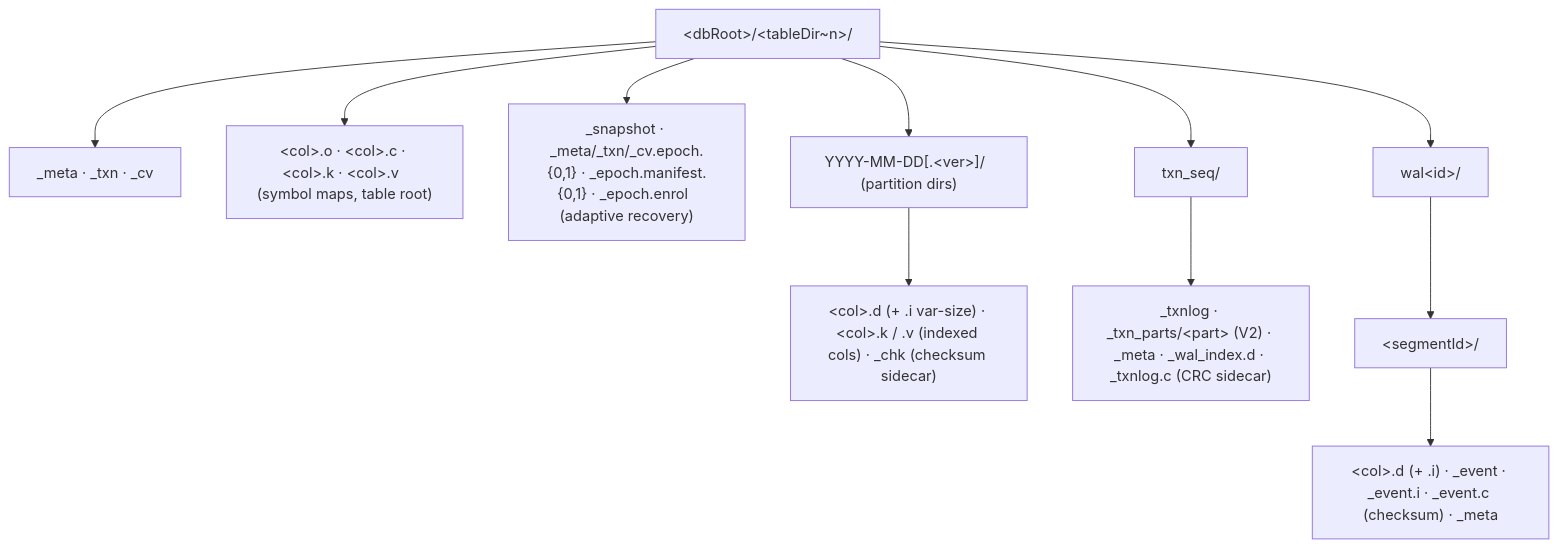
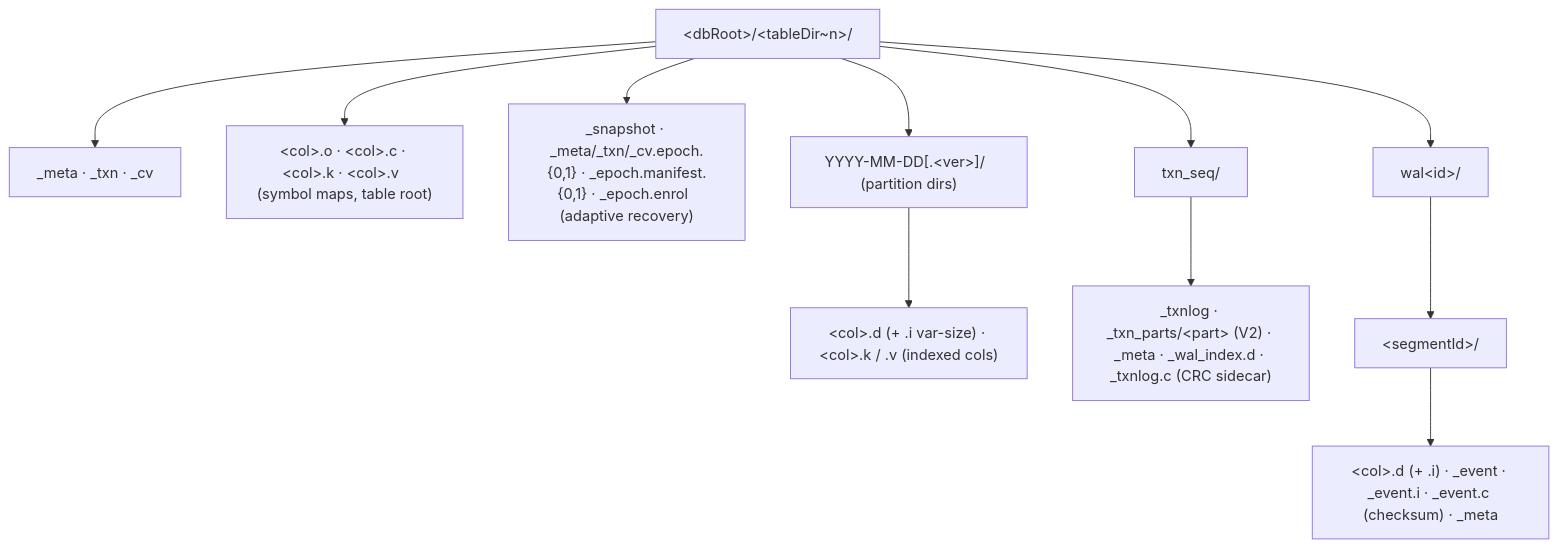
The second of 4 diagrams in docs/adaptive-commit-internals.md (questdb/questdb), drawn with Mermaid before and after one commit. The commit also changed other lines of this file and 2 other files, not shown here.

````diff
--- a/docs/adaptive-commit-internals.md
+++ b/docs/adaptive-commit-internals.md
@@ -230,17 +230,17 @@
 ```mermaid
 flowchart TD
     ROOT["&lt;dbRoot&gt;/&lt;tableDir~n&gt;/"]
 
     ROOT --> TBLF["_meta · _txn · _cv"]
     ROOT --> SYMF["&lt;col&gt;.o · &lt;col&gt;.c · &lt;col&gt;.k · &lt;col&gt;.v  (symbol maps, table root)"]
     ROOT --> EPO["_snapshot · _meta/_txn/_cv.epoch.{0,1} · _epoch.manifest.{0,1} · _epoch.enrol  (adaptive recovery)"]
     ROOT --> PART["YYYY-MM-DD[.&lt;ver&gt;]/  (partition dirs)"]
-    PART --> PCOL["&lt;col&gt;.d (+ .i var-size) · &lt;col&gt;.k / .v (indexed cols) · _chk (checksum sidecar)"]
+    PART --> PCOL["&lt;col&gt;.d (+ .i var-size) · &lt;col&gt;.k / .v (indexed cols)"]
 
     ROOT --> SEQD["txn_seq/"]
     SEQD --> SEQF["_txnlog · _txn_parts/&lt;part&gt; (V2) · _meta · _wal_index.d · _txnlog.c (CRC sidecar)"]
 
     ROOT --> WALD["wal&lt;id&gt;/"]
     WALD --> SEGD["&lt;segmentId&gt;/"]
     SEGD --> SEGF["&lt;col&gt;.d (+ .i) · _event · _event.i · _event.c (checksum) · _meta"]
 ```
````
